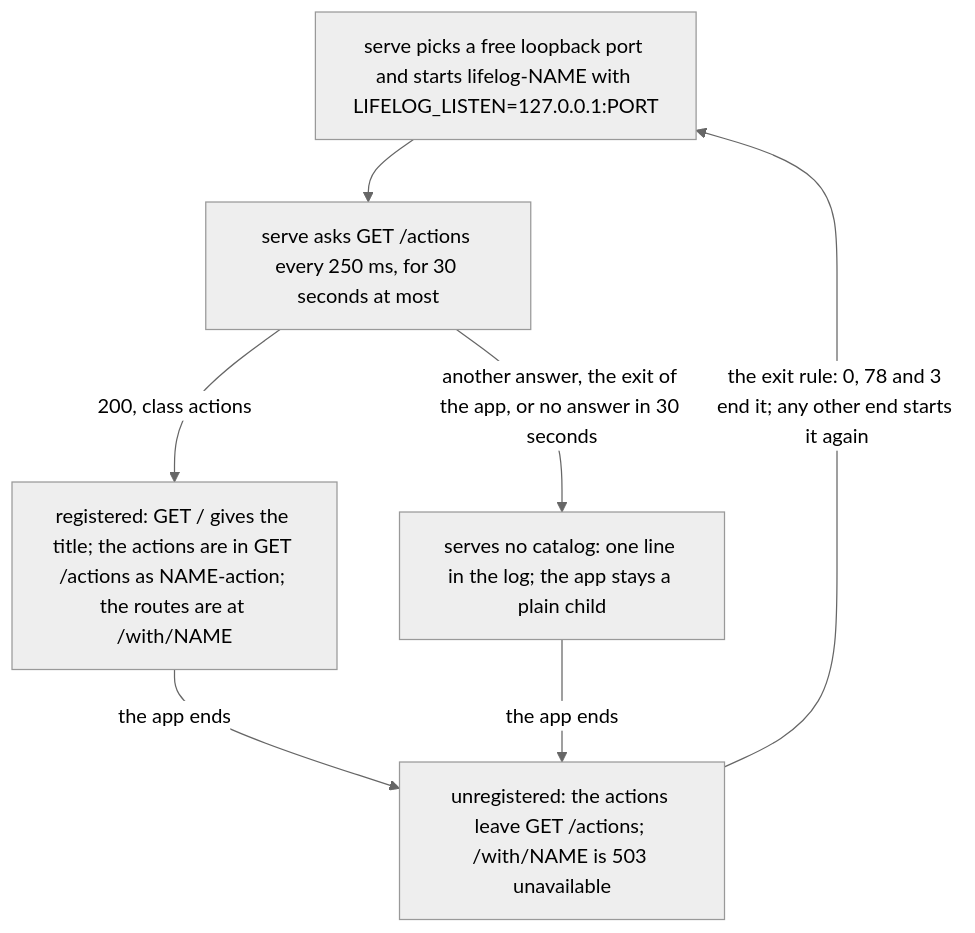
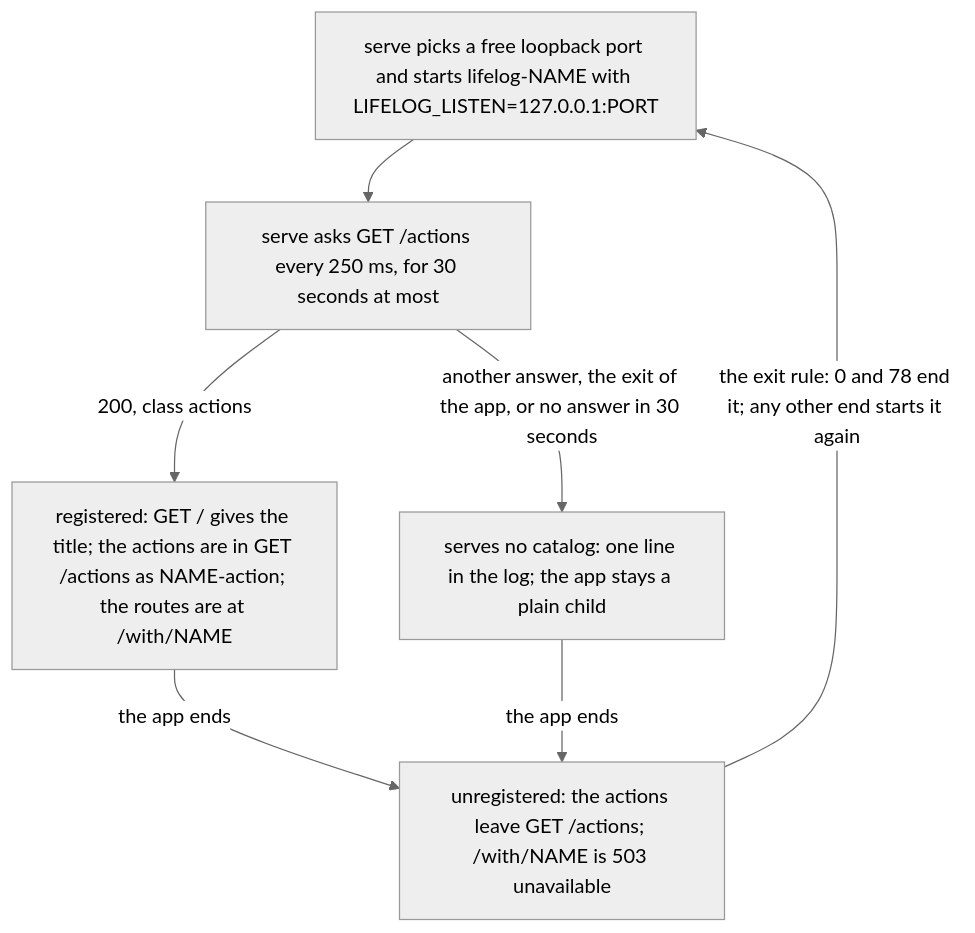
One commit to alexradunet/aminte changed the fourth of 6 diagrams in extensions/README.md. Above: the diagram before and after it, drawn with Mermaid (neutral theme). The commit also changed other lines of this file and 32 other files, not shown here.

````diff
--- a/extensions/README.md
+++ b/extensions/README.md
@@ -127,9 +127,9 @@
 ```mermaid
 flowchart TD
   S["serve picks a free loopback port and starts lifelog-NAME with LIFELOG_LISTEN=127.0.0.1:PORT"] --> P["serve asks GET /actions every 250 ms, for 30 seconds at most"]
   P -->|"200, class actions"| R["registered: GET / gives the title; the actions are in GET /actions as NAME-action; the routes are at /with/NAME"]
   P -->|"another answer, the exit of the app, or no answer in 30 seconds"| N["serves no catalog: one line in the log; the app stays a plain child"]
   R -->|"the app ends"| U["unregistered: the actions leave GET /actions; /with/NAME is 503 unavailable"]
   N -->|"the app ends"| U
-  U -->|"the exit rule: 0, 78 and 3 end it; any other end starts it again"| S
+  U -->|"the exit rule: 0 and 78 end it; any other end starts it again"| S
 ```
````
